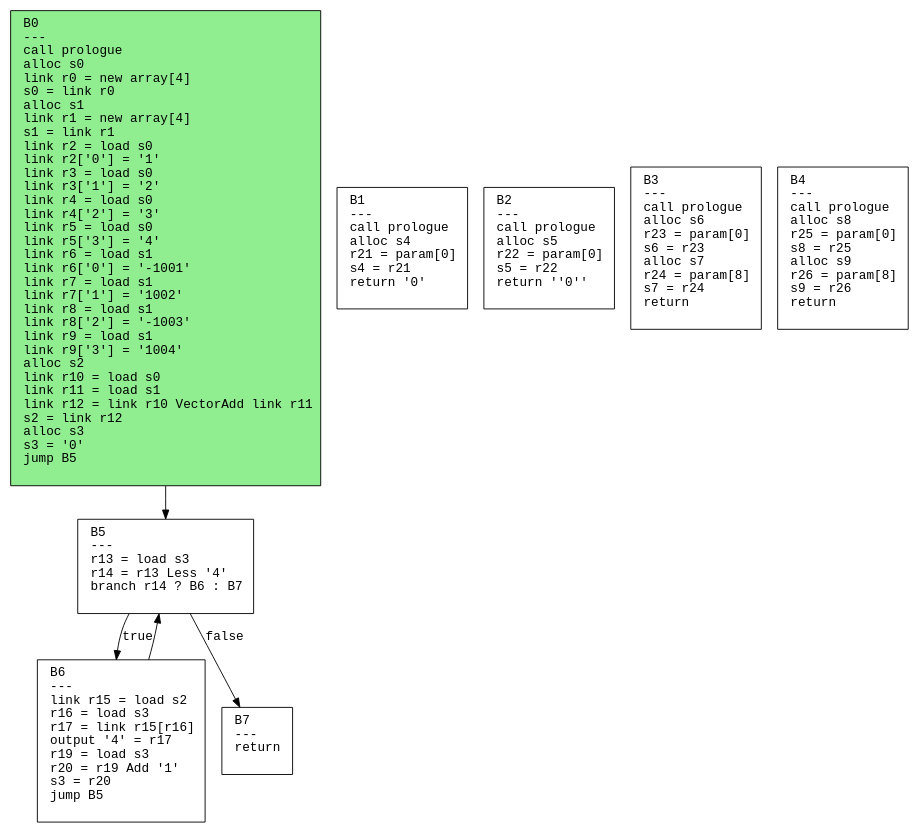
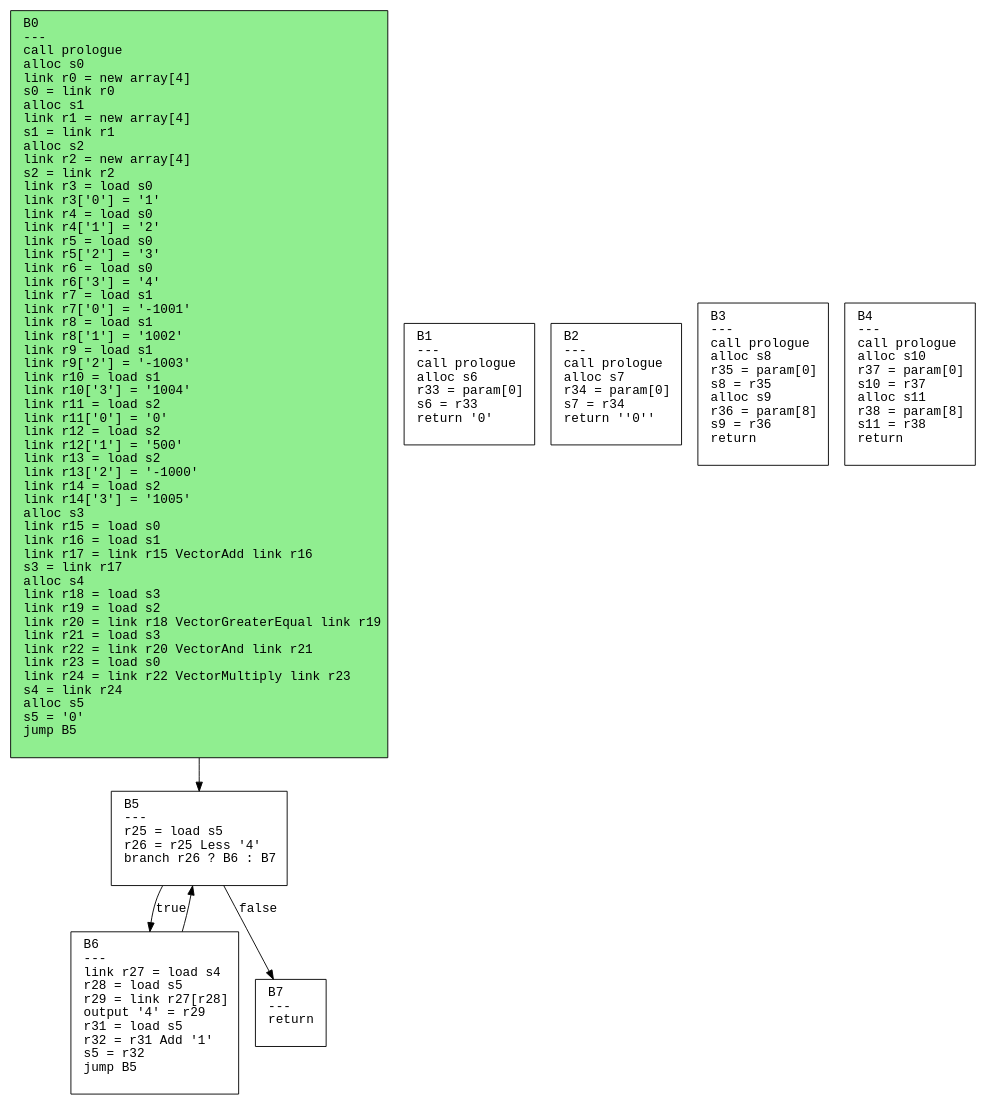
Before and after one commit to safarislava/ProcTranslator: the diagram in output/vector.dot, drawn with Graphviz. The commit also changed 33 other files, not shown here.

```diff
--- a/output/vector.dot
+++ b/output/vector.dot
@@ -1,19 +1,19 @@
 digraph CFG {
   rankdir=TB;
   node [shape=box, fontname="Courier", style=filled, fillcolor=white, margin="0.2,0.1"];
   edge [fontname="Courier"];
 
-  "B0" [label="B0\l---\lcall prologue\lalloc s0\llink r0 = new array[4]\ls0 = link r0\lalloc s1\llink r1 = new array[4]\ls1 = link r1\llink r2 = load s0\llink r2['0'] = '1'\llink r3 = load s0\llink r3['1'] = '2'\llink r4 = load s0\llink r4['2'] = '3'\llink r5 = load s0\llink r5['3'] = '4'\llink r6 = load s1\llink r6['0'] = '-1001'\llink r7 = load s1\llink r7['1'] = '1002'\llink r8 = load s1\llink r8['2'] = '-1003'\llink r9 = load s1\llink r9['3'] = '1004'\lalloc s2\llink r10 = load s0\llink r11 = load s1\llink r12 = link r10 VectorAdd link r11\ls2 = link r12\lalloc s3\ls3 = '0'\ljump B5\l "];
-  "B1" [label="B1\l---\lcall prologue\lalloc s4\lr21 = param[0]\ls4 = r21\lreturn '0'\l "];
-  "B2" [label="B2\l---\lcall prologue\lalloc s5\lr22 = param[0]\ls5 = r22\lreturn ''0''\l "];
-  "B3" [label="B3\l---\lcall prologue\lalloc s6\lr23 = param[0]\ls6 = r23\lalloc s7\lr24 = param[8]\ls7 = r24\lreturn\l "];
-  "B4" [label="B4\l---\lcall prologue\lalloc s8\lr25 = param[0]\ls8 = r25\lalloc s9\lr26 = param[8]\ls9 = r26\lreturn\l "];
-  "B5" [label="B5\l---\lr13 = load s3\lr14 = r13 Less '4'\lbranch r14 ? B6 : B7\l "];
-  "B6" [label="B6\l---\llink r15 = load s2\lr16 = load s3\lr17 = link r15[r16]\loutput '4' = r17\lr19 = load s3\lr20 = r19 Add '1'\ls3 = r20\ljump B5\l "];
+  "B0" [label="B0\l---\lcall prologue\lalloc s0\llink r0 = new array[4]\ls0 = link r0\lalloc s1\llink r1 = new array[4]\ls1 = link r1\lalloc s2\llink r2 = new array[4]\ls2 = link r2\llink r3 = load s0\llink r3['0'] = '1'\llink r4 = load s0\llink r4['1'] = '2'\llink r5 = load s0\llink r5['2'] = '3'\llink r6 = load s0\llink r6['3'] = '4'\llink r7 = load s1\llink r7['0'] = '-1001'\llink r8 = load s1\llink r8['1'] = '1002'\llink r9 = load s1\llink r9['2'] = '-1003'\llink r10 = load s1\llink r10['3'] = '1004'\llink r11 = load s2\llink r11['0'] = '0'\llink r12 = load s2\llink r12['1'] = '500'\llink r13 = load s2\llink r13['2'] = '-1000'\llink r14 = load s2\llink r14['3'] = '1005'\lalloc s3\llink r15 = load s0\llink r16 = load s1\llink r17 = link r15 VectorAdd link r16\ls3 = link r17\lalloc s4\llink r18 = load s3\llink r19 = load s2\llink r20 = link r18 VectorGreaterEqual link r19\llink r21 = load s3\llink r22 = link r20 VectorAnd link r21\llink r23 = load s0\llink r24 = link r22 VectorMultiply link r23\ls4 = link r24\lalloc s5\ls5 = '0'\ljump B5\l "];
+  "B1" [label="B1\l---\lcall prologue\lalloc s6\lr33 = param[0]\ls6 = r33\lreturn '0'\l "];
+  "B2" [label="B2\l---\lcall prologue\lalloc s7\lr34 = param[0]\ls7 = r34\lreturn ''0''\l "];
+  "B3" [label="B3\l---\lcall prologue\lalloc s8\lr35 = param[0]\ls8 = r35\lalloc s9\lr36 = param[8]\ls9 = r36\lreturn\l "];
+  "B4" [label="B4\l---\lcall prologue\lalloc s10\lr37 = param[0]\ls10 = r37\lalloc s11\lr38 = param[8]\ls11 = r38\lreturn\l "];
+  "B5" [label="B5\l---\lr25 = load s5\lr26 = r25 Less '4'\lbranch r26 ? B6 : B7\l "];
+  "B6" [label="B6\l---\llink r27 = load s4\lr28 = load s5\lr29 = link r27[r28]\loutput '4' = r29\lr31 = load s5\lr32 = r31 Add '1'\ls5 = r32\ljump B5\l "];
   "B7" [label="B7\l---\lreturn\l "];
   "B0" -> "B5";
   "B5" -> "B6" [label="true"];
   "B5" -> "B7" [label="false"];
   "B6" -> "B5";
   "B0" [fillcolor=lightgreen];
 }
```
